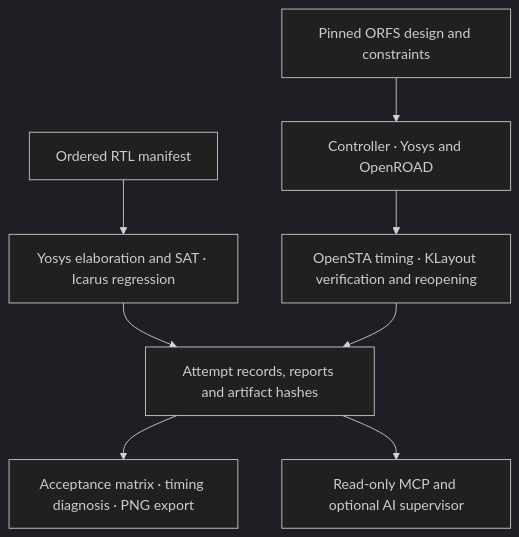
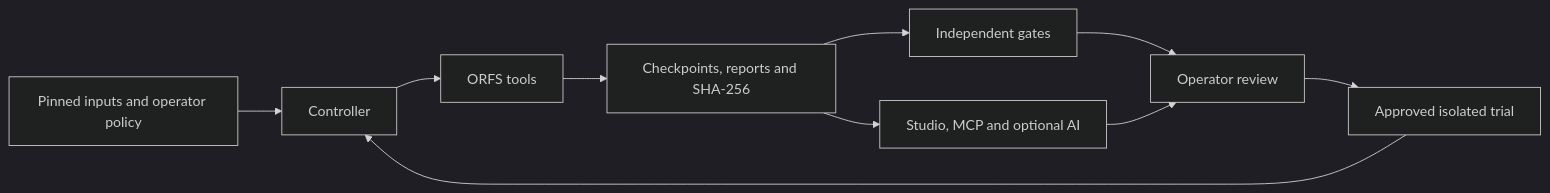
The first of 4 diagrams in README.md (wellitsabhinav/AUTONOMOUS-EDA), drawn with Mermaid (dark theme) before and after one commit. The commit also changed other lines of this file and 6 other files, not shown here.

````diff
--- a/README.md
+++ b/README.md
@@ -15,10 +34,12 @@
-```mermaid
-flowchart TD
-    RTL["Ordered RTL manifest"] --> Native["Yosys elaboration and SAT · Icarus regression"]
-    Config["Pinned ORFS design and constraints"] --> Run["Controller · Yosys and OpenROAD"]
-    Run --> Physical["OpenSTA timing · KLayout verification and reopening"]
-    Native --> Evidence["Attempt records, reports and artifact hashes"]
-    Physical --> Evidence
-    Evidence --> Inspection["Acceptance matrix · timing diagnosis · PNG export"]
-    Evidence --> Supervisor["Read-only MCP and optional AI supervisor"]
-```
+~~~mermaid
+flowchart LR
+    Inputs["Pinned inputs and operator policy"] --> Control["Controller"]
+    Control --> Tools["ORFS tools"]
+    Tools --> Store["Checkpoints, reports and SHA-256"]
+    Store --> Verify["Independent gates"]
+    Store --> View["Studio, MCP and optional AI"]
+    Verify --> Review["Operator review"]
+    View --> Review
+    Review --> Trial["Approved isolated trial"]
+    Trial --> Control
+~~~
````
